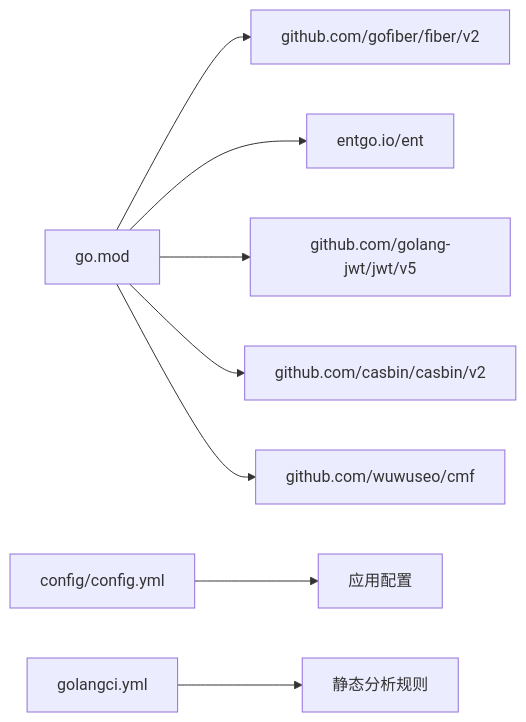
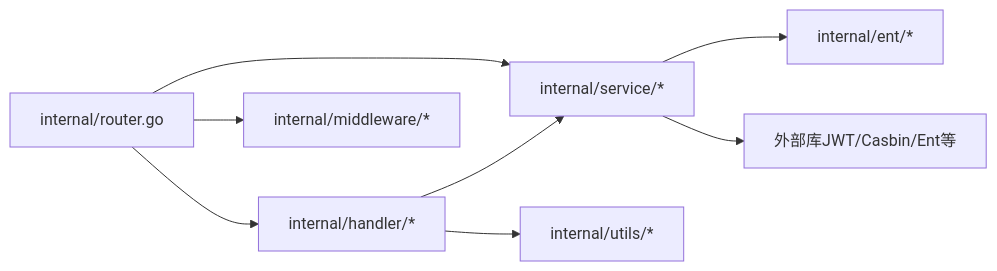
Before and after one commit to wuwuseo/e-sports-go-admin: the sixth of 6 diagrams in .qoder/repowiki/zh/content/开发指南/代码规范.md, drawn with Mermaid. The commit also changed other lines of this file and 141 other files, not shown here.

````diff
--- a/.qoder/repowiki/zh/content/开发指南/代码规范.md
+++ b/.qoder/repowiki/zh/content/开发指南/代码规范.md
@@ -290,10 +309,10 @@
 ```mermaid
 graph LR
-GO["go.mod"] --> F["github.com/gofiber/fiber/v2"]
-GO --> E["entgo.io/ent"]
-GO --> J["github.com/golang-jwt/jwt/v5"]
-GO --> C["github.com/casbin/casbin/v2"]
-GO --> CMF["github.com/wuwuseo/cmf"]
-CFG["config/config.yml"] --> APP["应用配置"]
-GL["golangci.yml"] --> LINT["静态分析规则"]
+Router["internal/router.go"] --> Handler["internal/handler/*"]
+Router --> Middleware["internal/middleware/*"]
+Router --> Service["internal/service/*"]
+Handler --> Service
+Handler --> Utils["internal/utils/*"]
+Service --> Ent["internal/ent/*"]
+Service --> Ext["外部库JWT/Casbin/Ent等"]
 ```
````
